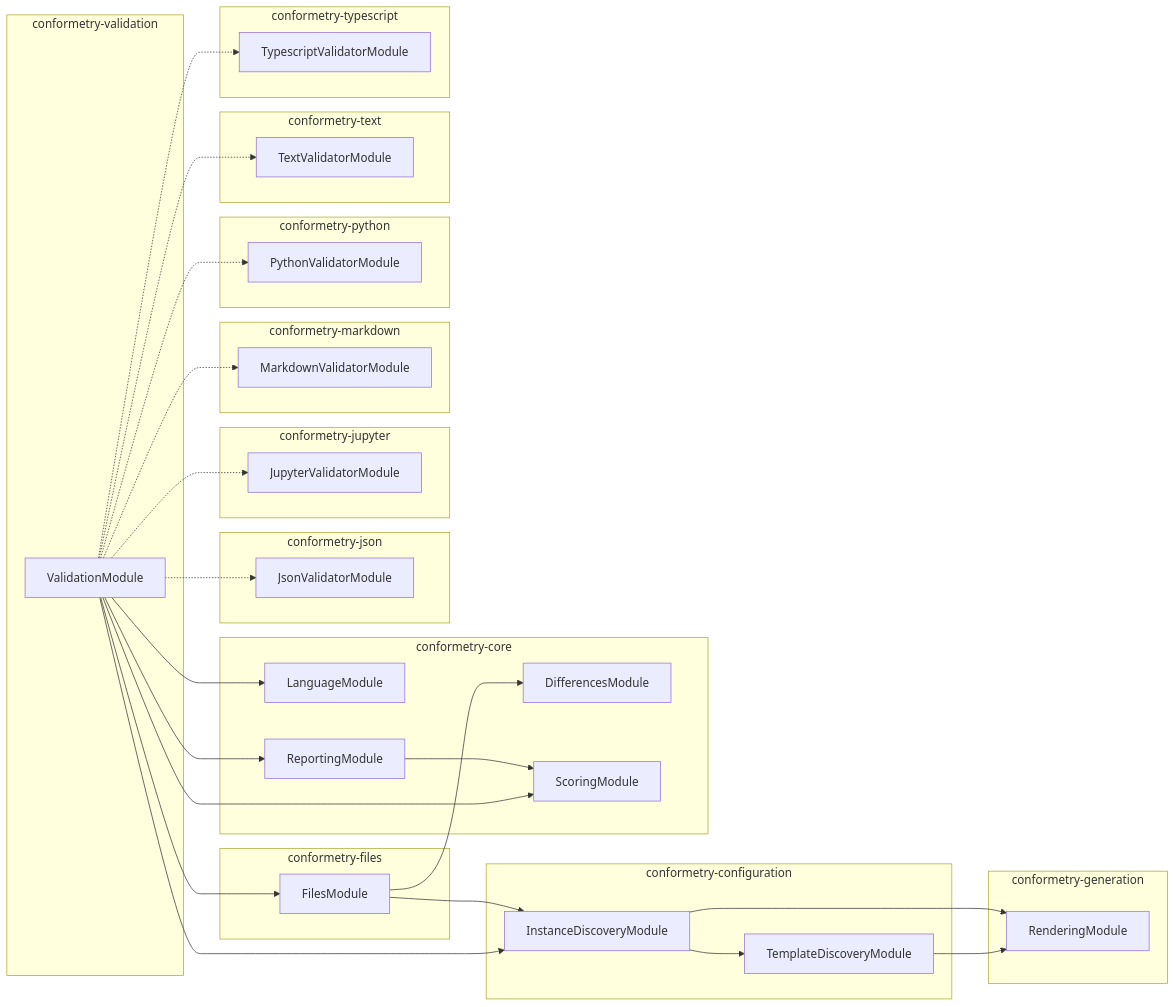
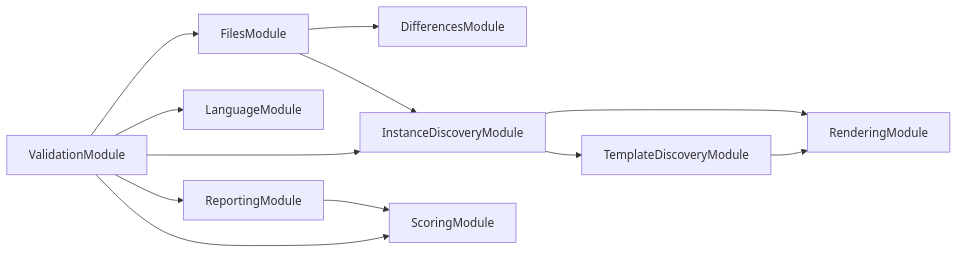
The second of 3 diagrams in packages/conformetry-validation/README.md (JimmyPaolini/codebase), drawn with Mermaid before and after one commit. The commit also changed other lines of this file and 241 other files, not shown here.

First line of the commit message:
feat(codependix,synchronization,deployments,documentation,codebase): ✨ add the codependix dependency-graph export suite (#335)

````diff
--- a/packages/conformetry-validation/README.md
+++ b/packages/conformetry-validation/README.md
@@ -120,57 +198,23 @@
 ```mermaid
 flowchart LR
-  subgraph group0["conformetry-validation"]
-    ValidationModule
-  end
-  subgraph group1["conformetry-configuration"]
-    InstanceDiscoveryModule
-    TemplateDiscoveryModule
-  end
-  subgraph group2["conformetry-core"]
-    DifferencesModule
-    LanguageModule
-    ReportingModule
-    ScoringModule
-  end
-  subgraph group3["conformetry-files"]
-    FilesModule
-  end
-  subgraph group4["conformetry-generation"]
-    RenderingModule
-  end
-  subgraph group5["conformetry-json"]
-    JsonValidatorModule
-  end
-  subgraph group6["conformetry-jupyter"]
-    JupyterValidatorModule
-  end
-  subgraph group7["conformetry-markdown"]
-    MarkdownValidatorModule
-  end
-  subgraph group8["conformetry-python"]
-    PythonValidatorModule
-  end
-  subgraph group9["conformetry-text"]
-    TextValidatorModule
-  end
-  subgraph group10["conformetry-typescript"]
-    TypescriptValidatorModule
-  end
+  DifferencesModule
+  FilesModule
+  InstanceDiscoveryModule
+  LanguageModule
+  RenderingModule
+  ReportingModule
+  ScoringModule
+  TemplateDiscoveryModule
+  ValidationModule
   FilesModule --> DifferencesModule
   FilesModule --> InstanceDiscoveryModule
   InstanceDiscoveryModule --> RenderingModule
   InstanceDiscoveryModule --> TemplateDiscoveryModule
   ReportingModule --> ScoringModule
   TemplateDiscoveryModule --> RenderingModule
   ValidationModule --> FilesModule
   ValidationModule --> InstanceDiscoveryModule
-  ValidationModule -.-> JsonValidatorModule
-  ValidationModule -.-> JupyterValidatorModule
   ValidationModule --> LanguageModule
-  ValidationModule -.-> MarkdownValidatorModule
-  ValidationModule -.-> PythonValidatorModule
   ValidationModule --> ReportingModule
   ValidationModule --> ScoringModule
-  ValidationModule -.-> TextValidatorModule
-  ValidationModule -.-> TypescriptValidatorModule
 ```
````
